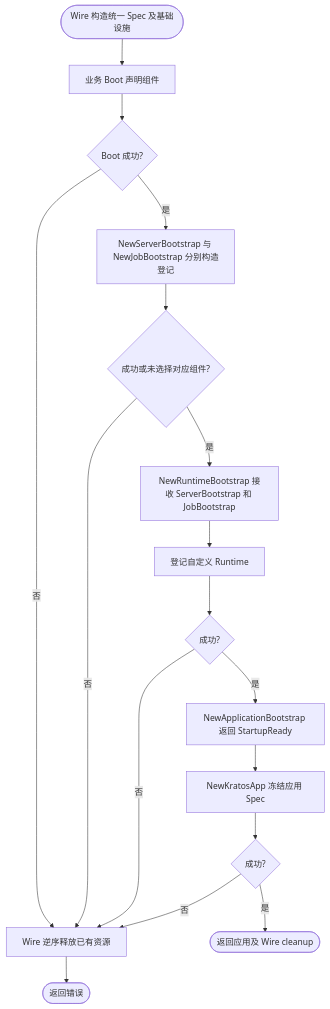
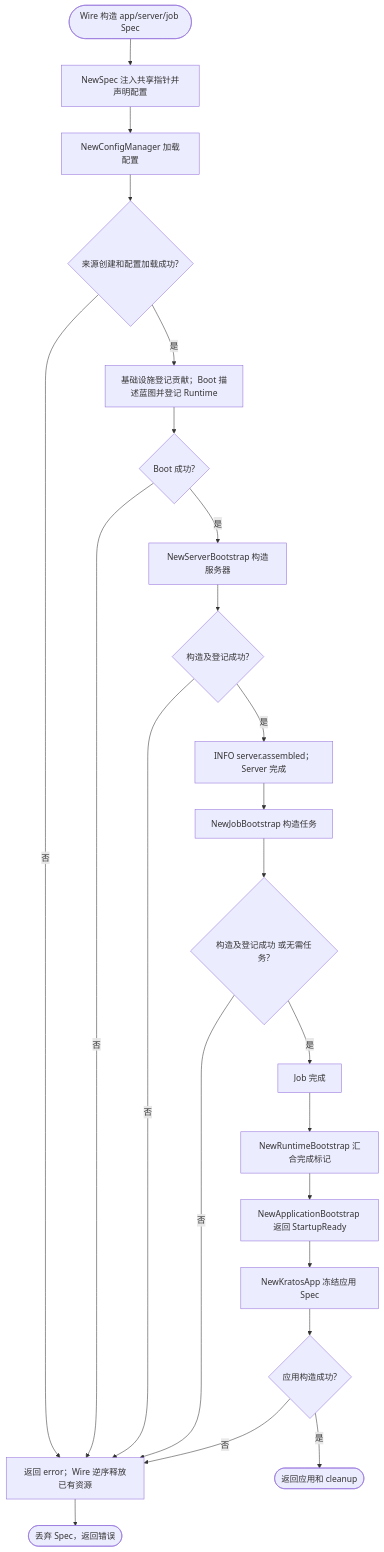
The first of 6 diagrams in pkg/bootstrap/README.md (jaggerzhuang1994/kratos-foundation), drawn with Mermaid before and after one commit. The commit also changed other lines of this file and 77 other files, not shown here.

Commit message:
refactor(bootstrap): 简化 Spec 蓝图组装与协议启用规则

````diff
--- a/pkg/bootstrap/README.md
+++ b/pkg/bootstrap/README.md
@@ -58,19 +94,25 @@
 ```mermaid
 flowchart TD
-    A([Wire 构造统一 Spec 及基础设施]) --> B[业务 Boot 声明组件]
-    B --> C{Boot 成功?}
-    C -- 否 --> X[Wire 逆序释放已有资源]
-    C -- 是 --> D[NewServerBootstrap 与 NewJobBootstrap 分别构造登记]
-    D --> E{成功或未选择对应组件?}
+    A([Wire 构造 app/server/job Spec]) --> A1[NewSpec 注入共享指针并声明配置]
+    A1 --> B[NewConfigManager 加载配置]
+    B --> C{来源创建和配置加载成功?}
+    C -- 否 --> X[返回 error；Wire 逆序释放已有资源]
+    C -- 是 --> D[基础设施登记贡献；Boot 描述蓝图并登记 Runtime]
+    D --> E{Boot 成功?}
     E -- 否 --> X
-    E -- 是 --> F[NewRuntimeBootstrap 接收 ServerBootstrap 和 JobBootstrap]
-    F --> G[登记自定义 Runtime]
-    G --> H{成功?}
-    H -- 否 --> X
-    H -- 是 --> I[NewApplicationBootstrap 返回 StartupReady]
-    I --> J[NewKratosApp 冻结应用 Spec]
-    J --> K{成功?}
-    K -- 否 --> X
-    K -- 是 --> L([返回应用及 Wire cleanup])
-    X --> Y([返回错误])
+    E -- 是 --> F[NewServerBootstrap 构造服务器]
+    F --> G{构造及登记成功?}
+    G -- 否 --> X
+    G -- 是 --> H[INFO server.assembled；Server 完成]
+    H --> I[NewJobBootstrap 构造任务]
+    I --> J{构造及登记成功 或无需任务?}
+    J -- 否 --> X
+    J -- 是 --> K[Job 完成]
+    K --> L[NewRuntimeBootstrap 汇合完成标记]
+    L --> M[NewApplicationBootstrap 返回 StartupReady]
+    M --> N[NewKratosApp 冻结应用 Spec]
+    N --> O{应用构造成功?}
+    O -- 否 --> X
+    O -- 是 --> R([返回应用和 cleanup])
+    X --> Y([丢弃 Spec，返回错误])
 ```
````
